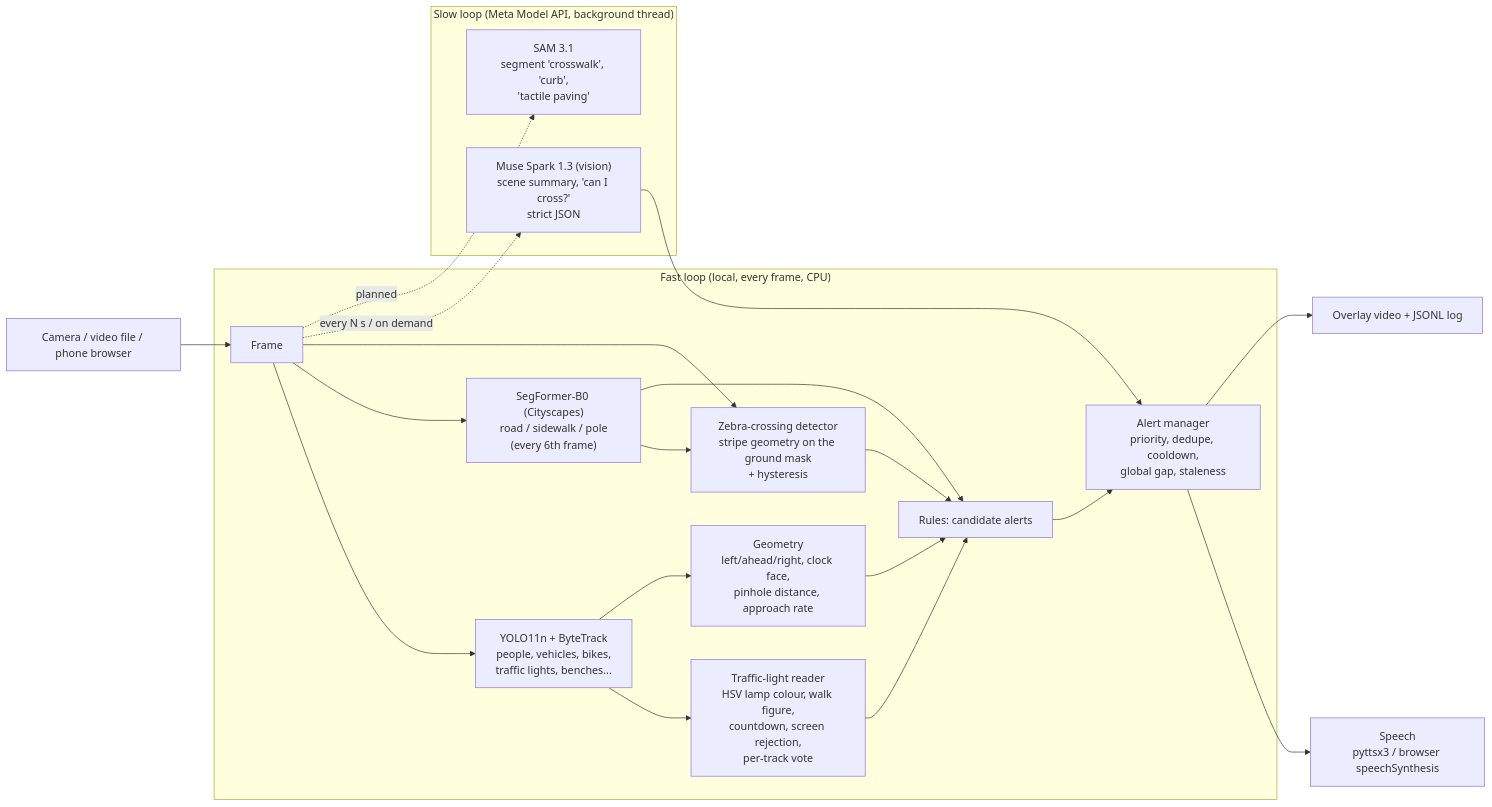
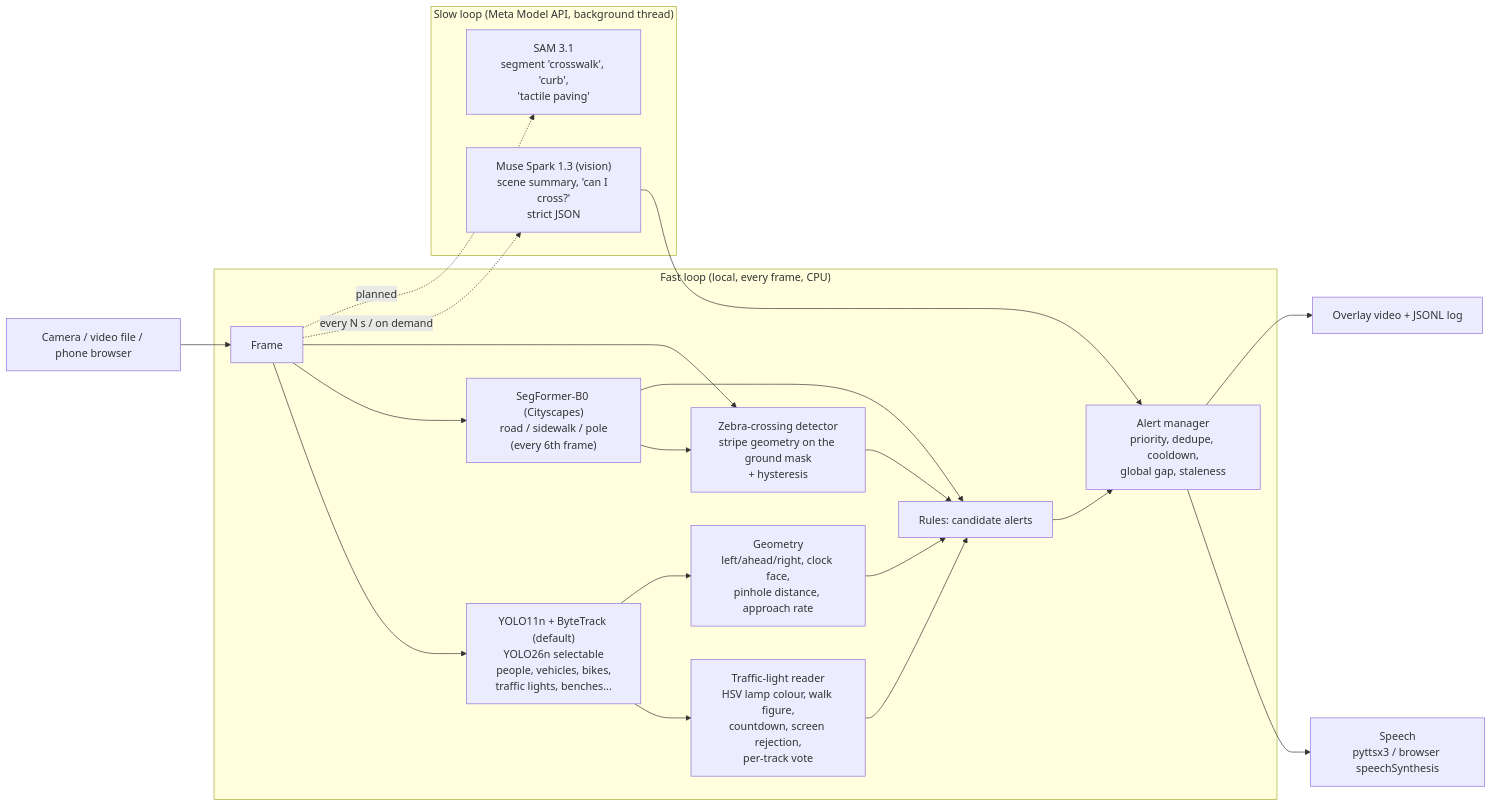
One commit to Alexeiguch/streetsense changed the diagram in README.md. Above: the diagram before and after it, drawn with Mermaid. The commit also changed other lines of this file and 11 other files, not shown here.

First line of the commit message:
Benchmark YOLO11n vs YOLO26n; keep 11n default, document 26n option

````diff
--- a/README.md
+++ b/README.md
@@ -14,24 +14,24 @@
 ```mermaid
 flowchart LR
     CAM[Camera / video file / phone browser] --> F[Frame]
     subgraph FAST["Fast loop (local, every frame, CPU)"]
-        F --> YOLO["YOLO11n + ByteTrack<br/>people, vehicles, bikes,<br/>traffic lights, benches..."]
+        F --> YOLO["YOLO11n + ByteTrack (default)<br/>YOLO26n selectable<br/>people, vehicles, bikes,<br/>traffic lights, benches..."]
         F --> SEG["SegFormer-B0 (Cityscapes)<br/>road / sidewalk / pole<br/>(every 6th frame)"]
         YOLO --> TL["Traffic-light reader<br/>HSV lamp colour, walk figure,<br/>countdown, screen rejection,<br/>per-track vote"]
         SEG --> CW["Zebra-crossing detector<br/>stripe geometry on the ground mask<br/>+ hysteresis"]
         F --> CW
         YOLO --> GEO["Geometry<br/>left/ahead/right, clock face,<br/>pinhole distance, approach rate"]
         TL --> RULES[Rules: candidate alerts]
         CW --> RULES
         GEO --> RULES
         SEG --> RULES
         RULES --> AM["Alert manager<br/>priority, dedupe, cooldown,<br/>global gap, staleness"]
     end
     subgraph SLOW["Slow loop (Meta Model API, background thread)"]
         F -. every N s / on demand .-> MS["Muse Spark 1.3 (vision)<br/>scene summary, 'can I cross?'<br/>strict JSON"]
         F -. planned .-> SAM["SAM 3.1<br/>segment 'crosswalk', 'curb',<br/>'tactile paving'"]
     end
     AM --> TTS["Speech<br/>pyttsx3 / browser speechSynthesis"]
     MS --> AM
     AM --> OV[Overlay video + JSONL log]
 ```
````
